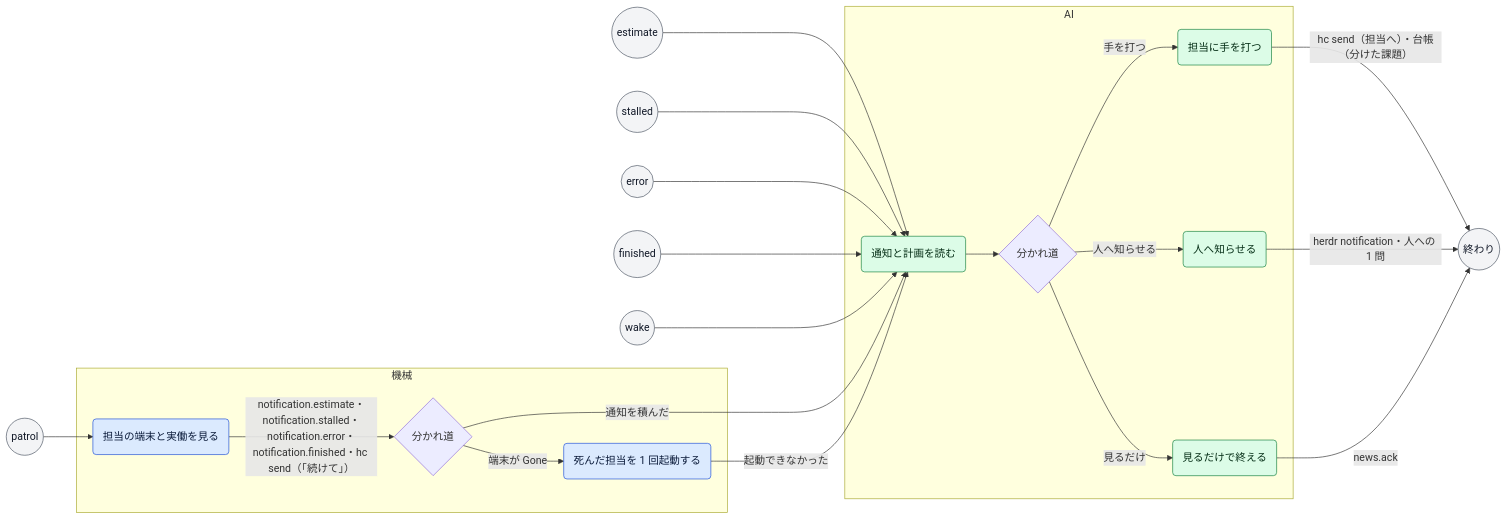
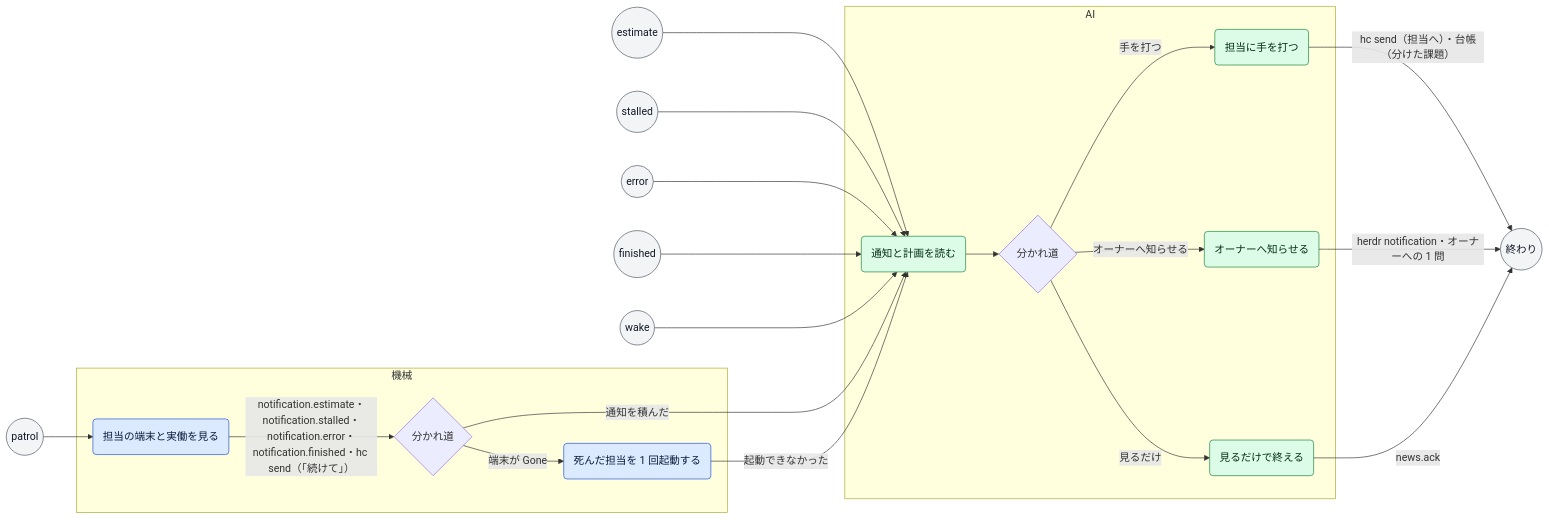
The diagram in docs/process/watch.md (mitaku/andon), drawn with Mermaid before and after one commit. The commit also changed other lines of this file and 31 other files, not shown here.

````diff
--- a/docs/process/watch.md
+++ b/docs/process/watch.md
@@ -20,43 +20,43 @@
 ```mermaid
 flowchart LR
   classDef machine fill:#dbeafe,stroke:#1d4ed8,color:#0b1b3a
   classDef ai fill:#dcfce7,stroke:#15803d,color:#052e16
   classDef person fill:#fef3c7,stroke:#b45309,color:#3b1d02
   classDef event fill:#f3f4f6,stroke:#4b5563,color:#111827
   t_patrol(("patrol")):::event
   t_estimate(("estimate")):::event
   t_stalled(("stalled")):::event
   t_error(("error")):::event
   t_finished(("finished")):::event
   t_wake(("wake")):::event
   subgraph lane_machine["機械"]
     s_look("担当の端末と実働を見る"):::machine
     g_look{"分かれ道"}
     s_resume("死んだ担当を 1 回起動する"):::machine
   end
   subgraph lane_ai["AI"]
     s_read("通知と計画を読む"):::ai
     g_read{"分かれ道"}
     s_act("担当に手を打つ"):::ai
-    s_tell("人へ知らせる"):::ai
+    s_tell("オーナーへ知らせる"):::ai
     s_done("見るだけで終える"):::ai
   end
   t_patrol --> s_look
   t_estimate --> s_read
   t_stalled --> s_read
   t_error --> s_read
   t_finished --> s_read
   t_wake --> s_read
   s_look -->|"notification.estimate・notification.stalled・notification.error・notification.finished・hc send（「続けて」）"| g_look
   g_look -->|"端末が Gone"| s_resume
   g_look -->|"通知を積んだ"| s_read
   s_resume -->|"起動できなかった"| s_read
   s_read --> g_read
   g_read -->|"手を打つ"| s_act
-  g_read -->|"人へ知らせる"| s_tell
+  g_read -->|"オーナーへ知らせる"| s_tell
   g_read -->|"見るだけ"| s_done
   s_act -->|"hc send（担当へ）・台帳（分けた課題）"| fin
-  s_tell -->|"herdr notification・人への 1 問"| fin
+  s_tell -->|"herdr notification・オーナーへの 1 問"| fin
   s_done -->|"news.ack"| fin
   fin(("終わり")):::event
 ```
````
